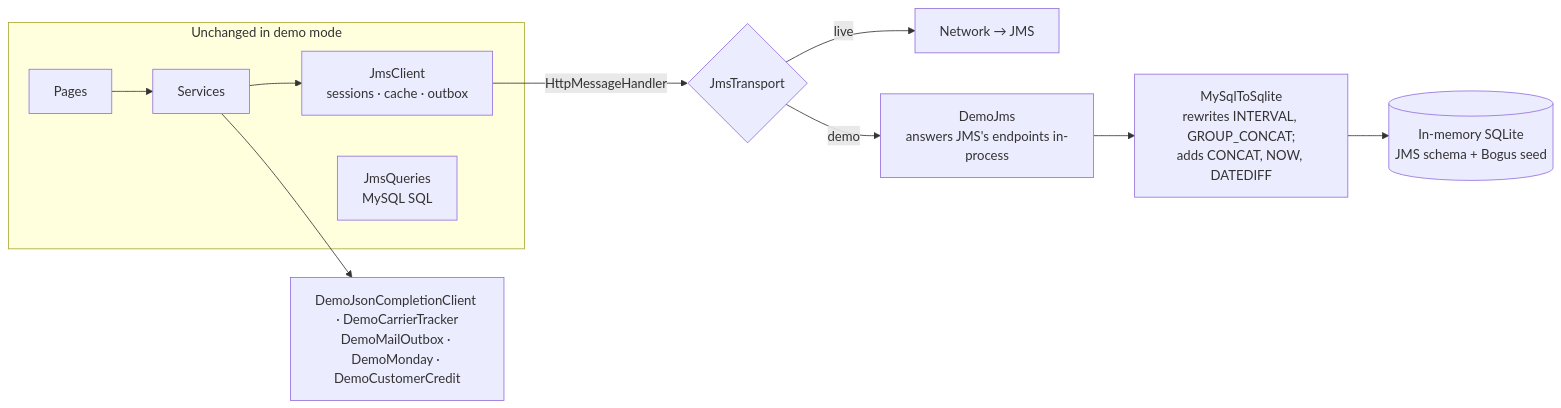
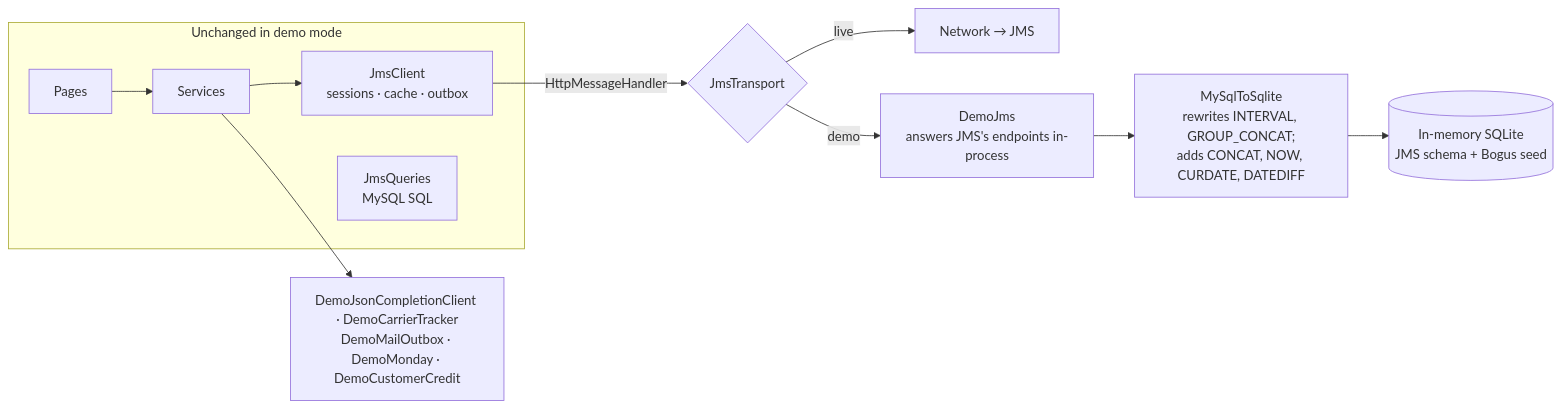
Before and after one commit to JacobSchepis/WorkshopDashboard: the fourth of 4 diagrams in docs/architecture.md, drawn with Mermaid. The commit also changed 3 other files, not shown here.

````diff
--- a/docs/architecture.md
+++ b/docs/architecture.md
@@ -185,13 +185,13 @@
 ```mermaid
 flowchart LR
     subgraph same[Unchanged in demo mode]
         pages[Pages] --> services[Services] --> client[JmsClient<br/>sessions · cache · outbox]
         queries[JmsQueries<br/>MySQL SQL]
     end
     client -- "HttpMessageHandler" --> transport{JmsTransport}
     transport -- live --> net[Network → JMS]
     transport -- demo --> fake[DemoJms<br/>answers JMS's endpoints in-process]
-    fake --> tr[MySqlToSqlite<br/>rewrites INTERVAL, GROUP_CONCAT;<br/>adds CONCAT, NOW, DATEDIFF]
+    fake --> tr[MySqlToSqlite<br/>rewrites INTERVAL, GROUP_CONCAT;<br/>adds CONCAT, NOW, CURDATE, DATEDIFF]
     tr --> sqlite[(In-memory SQLite<br/>JMS schema + Bogus seed)]
     services --> fakes[DemoJsonCompletionClient · DemoCarrierTracker<br/>DemoMailOutbox · DemoMonday · DemoCustomerCredit]
 ```
````
